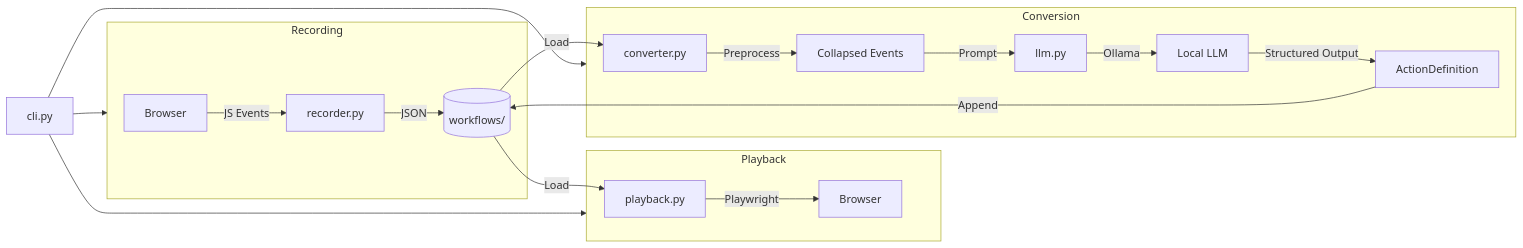
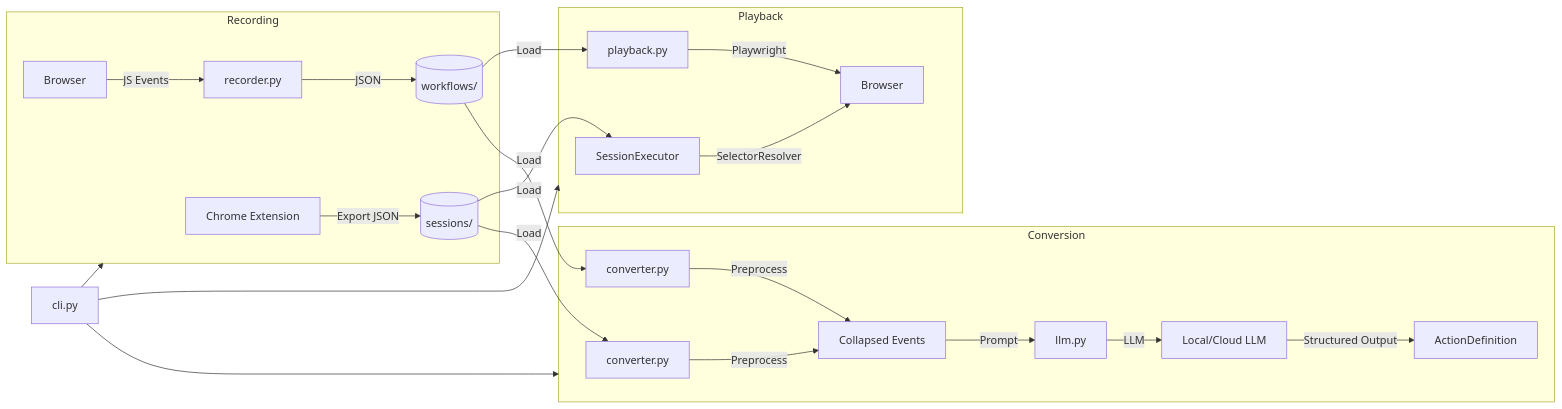
One commit to nat-bishop/browser-recorder changed the diagram in ARCHITECTURE.md. Above: the diagram before and after it, drawn with Mermaid. The commit also changed other lines of this file and 9 other files, not shown here.

````diff
--- a/ARCHITECTURE.md
+++ b/ARCHITECTURE.md
@@ -7,25 +7,29 @@
 ```mermaid
 flowchart LR
     subgraph Recording
+        CE[Chrome Extension] -->|Export JSON| S1[(sessions/)]
         B[Browser] -->|JS Events| R[recorder.py]
-        R -->|JSON| S[(workflows/)]
+        R -->|JSON| S2[(workflows/)]
     end
 
     subgraph Playback
-        S -->|Load| P[playback.py]
-        P -->|Playwright| B2[Browser]
+        S1 -->|Load| SE[SessionExecutor]
+        SE -->|SelectorResolver| B2[Browser]
+        S2 -->|Load| P[playback.py]
+        P -->|Playwright| B2
     end
 
     subgraph Conversion
-        S -->|Load| C[converter.py]
-        C -->|Preprocess| PP[Collapsed Events]
+        S1 -->|Load| C1[converter.py]
+        S2 -->|Load| C2[converter.py]
+        C1 -->|Preprocess| PP[Collapsed Events]
+        C2 -->|Preprocess| PP
         PP -->|Prompt| L[llm.py]
-        L -->|Ollama| O[Local LLM]
+        L -->|LLM| O[Local/Cloud LLM]
         O -->|Structured Output| AD[ActionDefinition]
-        AD -->|Append| S
     end
 
     CLI[cli.py] --> Recording
     CLI --> Playback
     CLI --> Conversion
 ```
````
